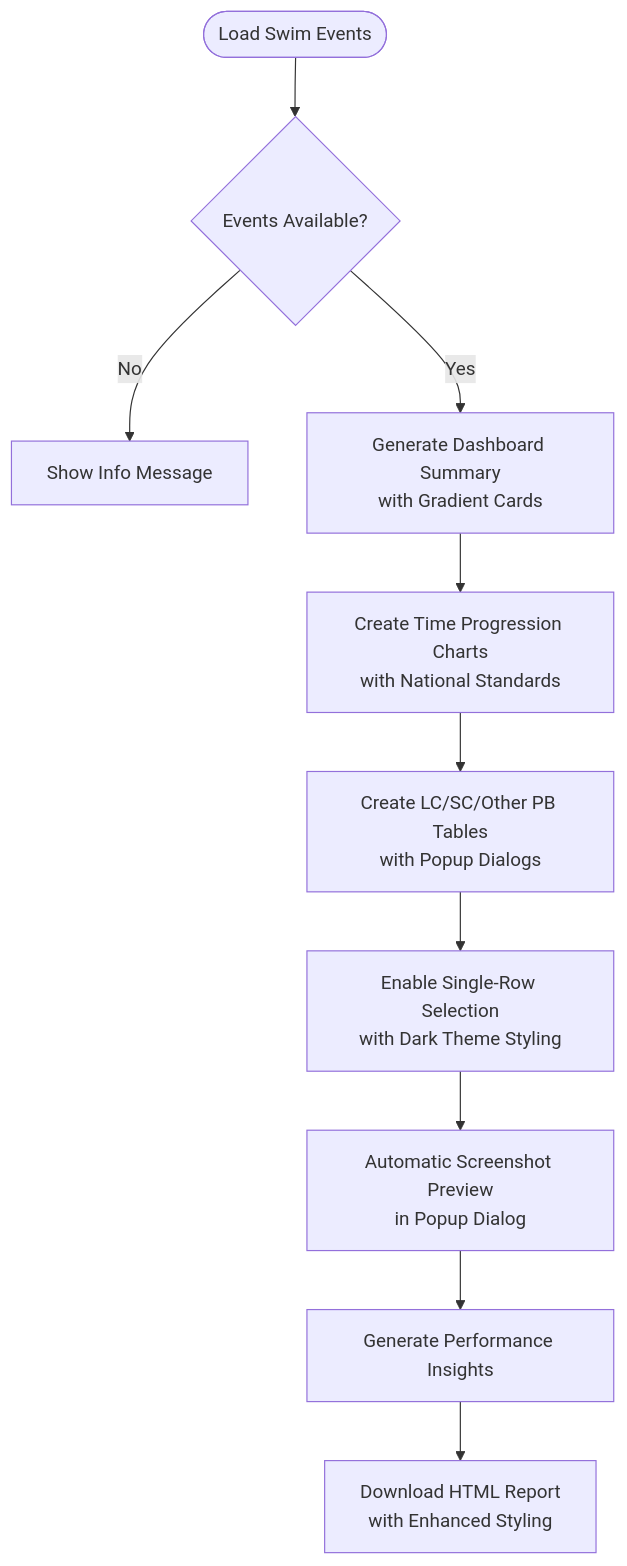
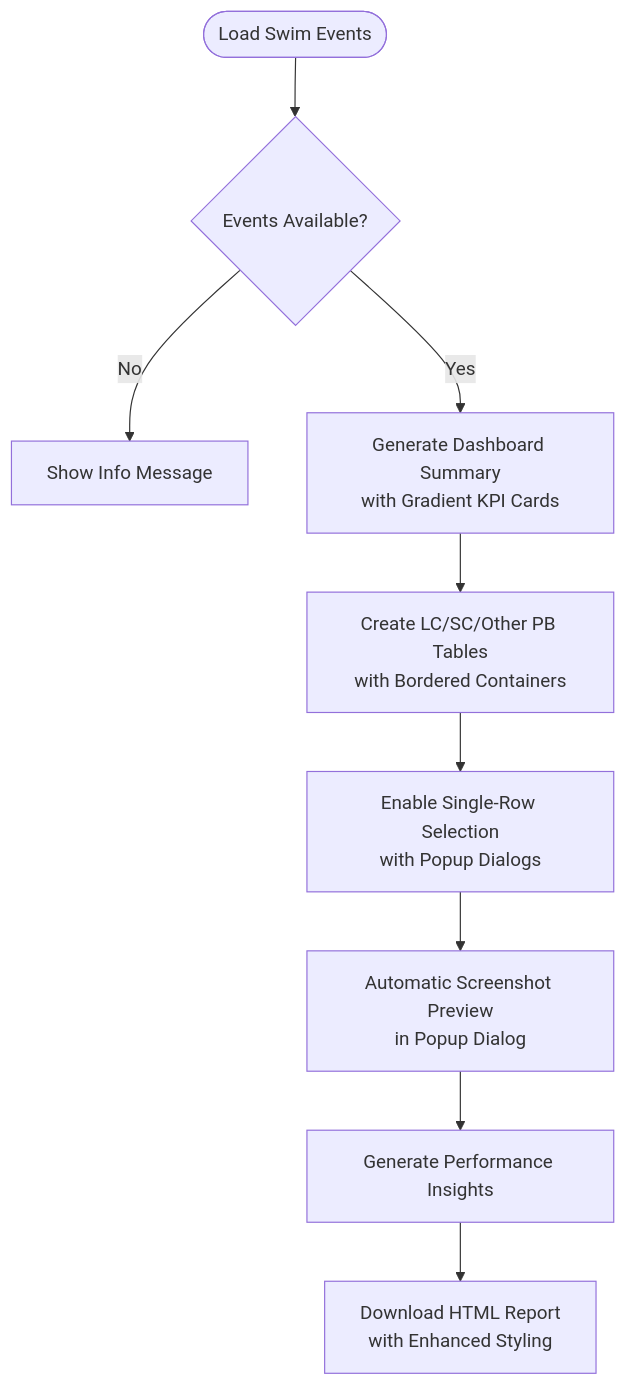
One commit to Johnny22056/SwimingStatus changed the tenth of 14 diagrams in .qoder/repowiki/en/content/Core Components/Application Controller.md. Above: the diagram before and after it, drawn with Mermaid. The commit also changed other lines of this file and 5 other files, not shown here.

First line of the commit message:
feat: add Dark/Light theme toggle with centralized palette

````diff
--- a/.qoder/repowiki/en/content/Core Components/Application Controller.md
+++ b/.qoder/repowiki/en/content/Core Components/Application Controller.md
@@ -330,12 +397,11 @@
 ```mermaid
 flowchart TD
 LoadEvents([Load Swim Events]) --> CheckEvents{"Events Available?"}
 CheckEvents --> |No| ShowInfo["Show Info Message"]
-CheckEvents --> |Yes| Summary["Generate Dashboard Summary<br/>with Gradient Cards"]
-Summary --> Progression["Create Time Progression Charts<br/>with National Standards"]
-Progression --> PBTables["Create LC/SC/Other PB Tables<br/>with Popup Dialogs"]
-PBTables --> RowSelection["Enable Single-Row Selection<br/>with Dark Theme Styling"]
+CheckEvents --> |Yes| Summary["Generate Dashboard Summary<br/>with Gradient KPI Cards"]
+Summary --> PBTables["Create LC/SC/Other PB Tables<br/>with Bordered Containers"]
+PBTables --> RowSelection["Enable Single-Row Selection<br/>with Popup Dialogs"]
 RowSelection --> ScreenshotPreview["Automatic Screenshot Preview<br/>in Popup Dialog"]
 ScreenshotPreview --> Insights["Generate Performance Insights"]
 Insights --> Report["Download HTML Report<br/>with Enhanced Styling"]
 ```
````
